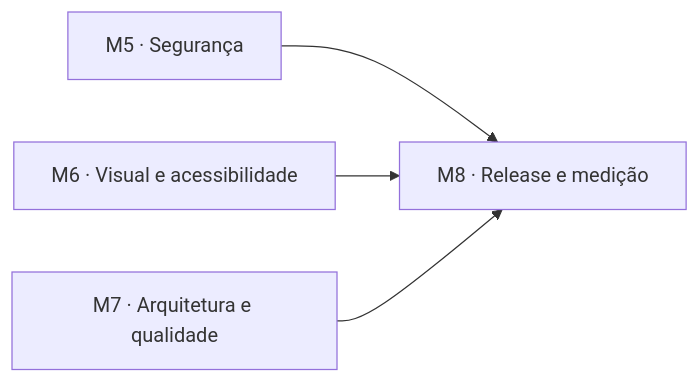
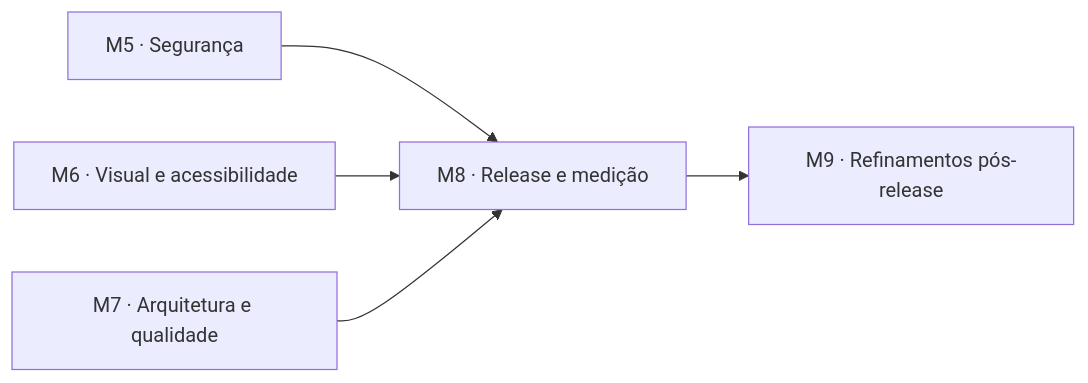
The diagram in docs/sdd/09-plano-melhorias-continuas.md (Blima-P/SocialTech), drawn with Mermaid before and after one commit. The commit also changed other lines of this file and 4 other files, not shown here.

````diff
--- a/docs/sdd/09-plano-melhorias-continuas.md
+++ b/docs/sdd/09-plano-melhorias-continuas.md
@@ -21,6 +21,7 @@
 ```mermaid
 flowchart LR
   M5[M5 · Segurança] --> M8[M8 · Release e medição]
   M6[M6 · Visual e acessibilidade] --> M8
   M7[M7 · Arquitetura e qualidade] --> M8
+  M8 --> M9[M9 · Refinamentos pós-release]
 ```
````
